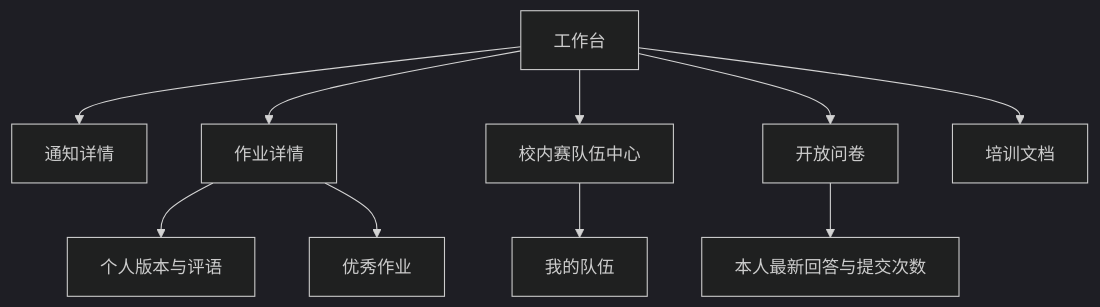
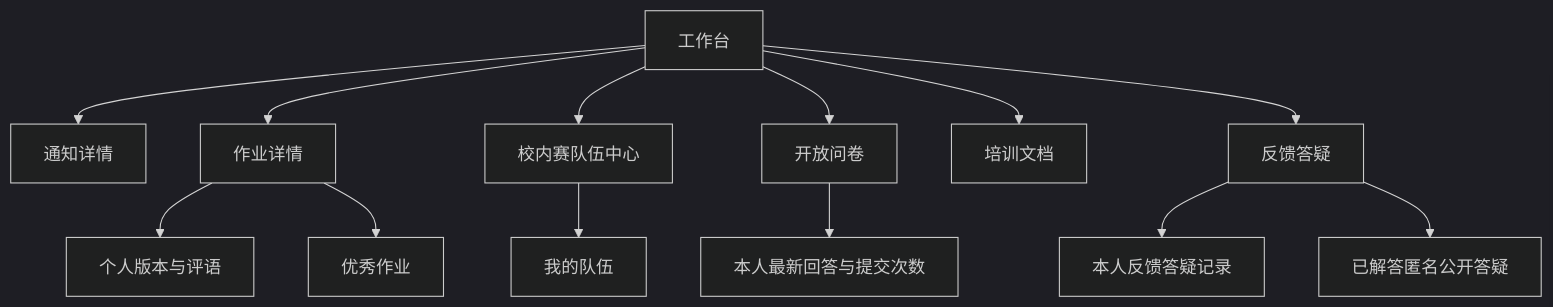
One commit to CosmosMount/homework_system changed the diagram in .agents/docs/02-information-architecture.md. Above: the diagram before and after it, drawn with Mermaid (dark theme). The commit also changed other lines of this file and 10 other files, not shown here.

````diff
--- a/.agents/docs/02-information-architecture.md
+++ b/.agents/docs/02-information-architecture.md
@@ -76,12 +80,15 @@
 ```mermaid
 flowchart TD
     Dashboard[工作台] --> Announcement[通知详情]
     Dashboard --> Assignment[作业详情]
     Dashboard --> Competition[校内赛队伍中心]
     Dashboard --> Intention[开放问卷]
     Dashboard --> Knowledge[培训文档]
+    Dashboard --> Help[反馈答疑]
     Assignment --> Submission[个人版本与评语]
     Competition --> Team[我的队伍]
     Intention --> Response[本人最新回答与提交次数]
+    Help --> HelpRequest[本人反馈答疑记录]
+    Help --> PublicHelp[已解答匿名公开答疑]
     Assignment --> ExcellentWork[优秀作业]
 ```
````
